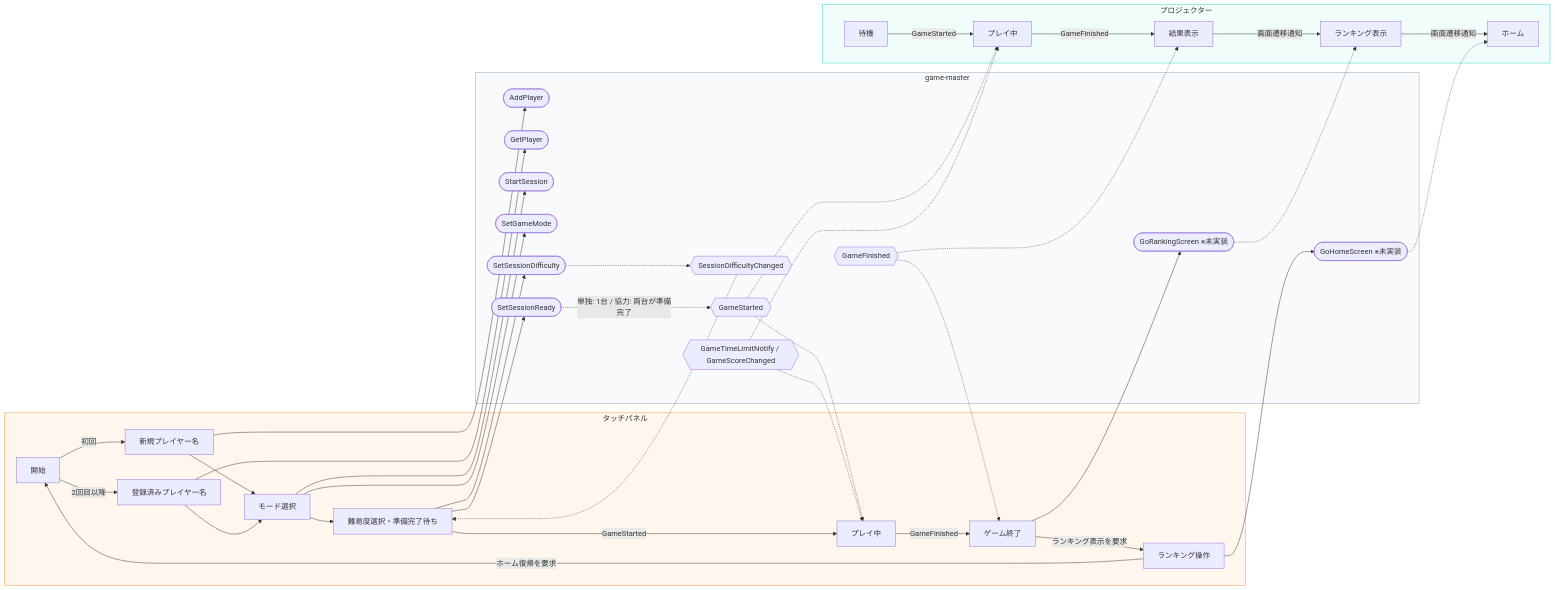
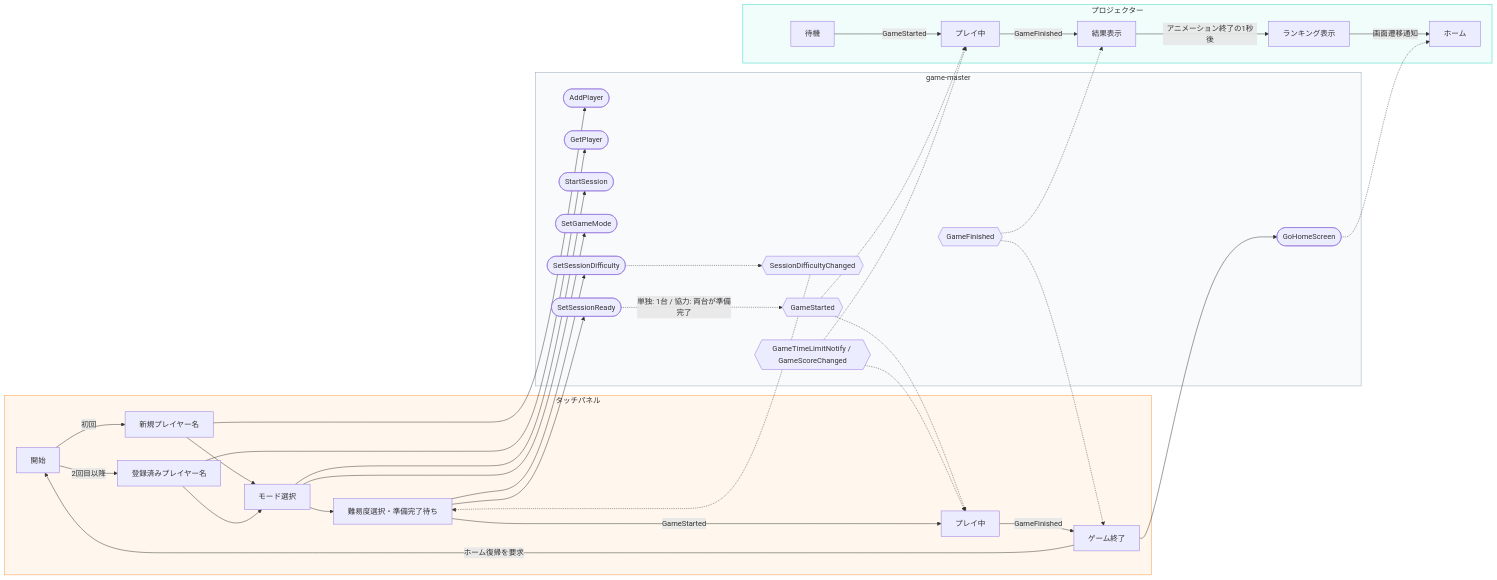
The diagram in docs/diagrams/data_flow.mmd (TK75Attractions/struckout), drawn with Mermaid before and after one commit. The commit also changed 11 other files, not shown here.

```diff
--- a/docs/diagrams/data_flow.mmd
+++ b/docs/diagrams/data_flow.mmd
@@ -1,73 +1,68 @@
 flowchart LR
     subgraph Touchpanel["タッチパネル"]
         Start["開始"]
         NewName["新規プレイヤー名"]
         ExistingName["登録済みプレイヤー名"]
         Mode["モード選択"]
         Difficulty["難易度選択・準備完了待ち"]
         Playing["プレイ中"]
         Finished["ゲーム終了"]
-        RankingControl["ランキング操作"]
 
         Start -->|初回| NewName
         Start -->|2回目以降| ExistingName
         NewName --> Mode
         ExistingName --> Mode
         Mode --> Difficulty
         Difficulty -->|GameStarted| Playing
         Playing -->|GameFinished| Finished
-        Finished -->|ランキング表示を要求| RankingControl
-        RankingControl -->|ホーム復帰を要求| Start
+        Finished -->|ホーム復帰を要求| Start
     end
 
     subgraph GameMaster["game-master"]
         AddPlayer(["AddPlayer"])
         GetPlayer(["GetPlayer"])
         StartSession(["StartSession"])
         SetGameMode(["SetGameMode"])
         SetSessionDifficulty(["SetSessionDifficulty"])
         SetSessionReady(["SetSessionReady"])
         DifficultyChanged{{"SessionDifficultyChanged"}}
         GameStarted{{"GameStarted"}}
         GameTimeAndScore{{"GameTimeLimitNotify / GameScoreChanged"}}
         GameFinished{{"GameFinished"}}
-        GoRankingScreen(["GoRankingScreen ※未実装"])
-        GoHomeScreen(["GoHomeScreen ※未実装"])
+        GoHomeScreen(["GoHomeScreen"])
     end
 
     subgraph Projector["プロジェクター"]
         ProjectorWaiting["待機"]
         ProjectorPlaying["プレイ中"]
         ProjectorScore["結果表示"]
         ProjectorRanking["ランキング表示"]
         ProjectorHome["ホーム"]
 
         ProjectorWaiting -->|GameStarted| ProjectorPlaying
         ProjectorPlaying -->|GameFinished| ProjectorScore
-        ProjectorScore -->|画面遷移通知| ProjectorRanking
+        ProjectorScore -->|アニメーション終了の1秒後| ProjectorRanking
         ProjectorRanking -->|画面遷移通知| ProjectorHome
     end
 
     NewName --> AddPlayer
     ExistingName --> GetPlayer
     Mode --> StartSession
     Mode --> SetGameMode
     Difficulty --> SetSessionDifficulty
     SetSessionDifficulty -.-> DifficultyChanged
     DifficultyChanged -.-> Difficulty
     Difficulty --> SetSessionReady
     SetSessionReady -.->|単独: 1台 / 協力: 両台が準備完了| GameStarted
     GameStarted -.-> Playing
     GameStarted -.-> ProjectorPlaying
     GameTimeAndScore -.-> Playing
     GameTimeAndScore -.-> ProjectorPlaying
     GameFinished -.-> Finished
     GameFinished -.-> ProjectorScore
-    Finished --> GoRankingScreen
-    RankingControl --> GoHomeScreen
-    GoRankingScreen -.-> ProjectorRanking
+    Finished --> GoHomeScreen
     GoHomeScreen -.-> ProjectorHome
 
     style Touchpanel fill:#FFF7ED,stroke:#FB923C
     style GameMaster fill:#F8FAFC,stroke:#94A3B8
     style Projector fill:#F0FDFA,stroke:#2DD4BF
```
